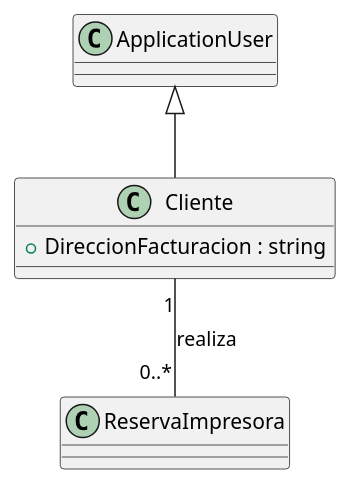
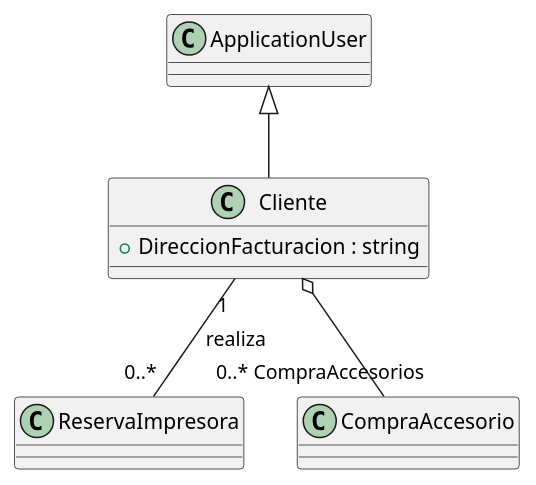
One commit to ISIIA2627DAKOI9SE/ISIIA2627DAKOI9SE changed the diagram in src/AppForSEII.API/ClassDiagram/Cliente.puml. Above: the diagram before and after it, drawn with PlantUML. The commit also changed 2 other files, not shown here.

Commit message:
feat(usuario): Creo el diagrama del caso de uso

```diff
--- a/src/AppForSEII.API/ClassDiagram/Cliente.puml
+++ b/src/AppForSEII.API/ClassDiagram/Cliente.puml
@@ -1,11 +1,12 @@
 @startuml
 
 class Cliente {
     + DireccionFacturacion : string
 }
 
 ApplicationUser <|-- Cliente
 
 Cliente "1" -- "0..*" ReservaImpresora : realiza
+Cliente o-- "0..* CompraAccesorios" "CompraAccesorio"
 
 @enduml
```
